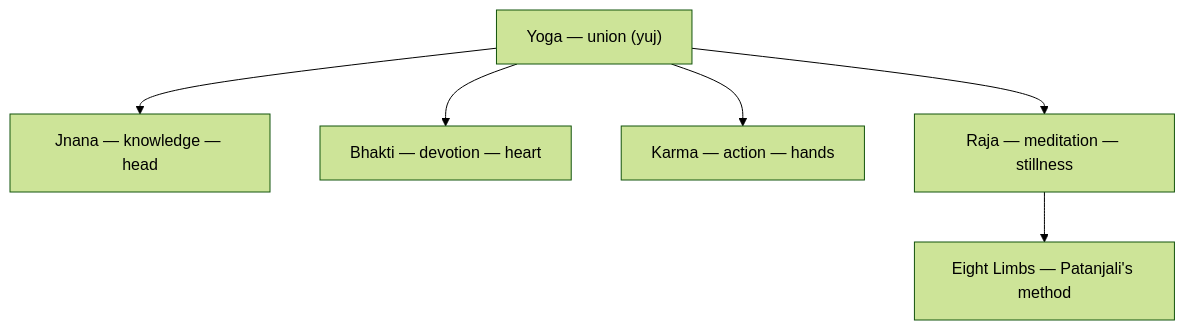
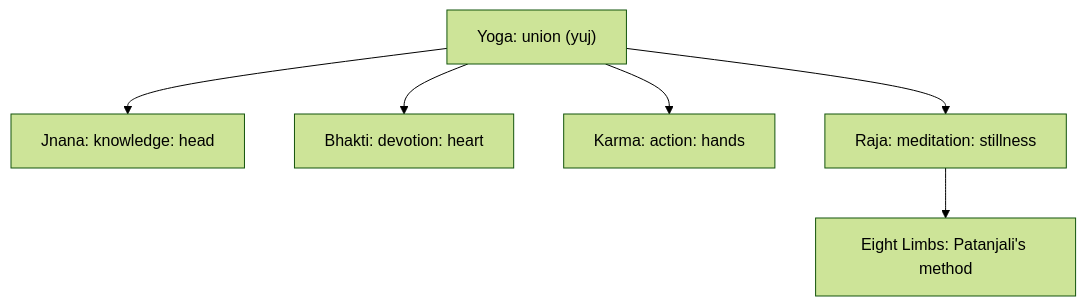
One commit to kennethreitz/kennethreitz.org changed the diagram in data/knowledge/spirituality/yoga/four-yogas/index.md. Above: the diagram before and after it, drawn with Mermaid (forest theme). The commit also changed other lines of this file and 879 other files, not shown here.

````diff
--- a/data/knowledge/spirituality/yoga/four-yogas/index.md
+++ b/data/knowledge/spirituality/yoga/four-yogas/index.md
@@ -33,9 +33,9 @@
 ```mermaid
 flowchart TD
-    Y["Yoga — union (yuj)"]
-    Y --> J["Jnana — knowledge — head"]
-    Y --> B["Bhakti — devotion — heart"]
-    Y --> K["Karma — action — hands"]
-    Y --> R["Raja — meditation — stillness"]
-    R --> E["Eight Limbs — Patanjali's method"]
+    Y["Yoga: union (yuj)"]
+    Y --> J["Jnana: knowledge: head"]
+    Y --> B["Bhakti: devotion: heart"]
+    Y --> K["Karma: action: hands"]
+    Y --> R["Raja: meditation: stillness"]
+    R --> E["Eight Limbs: Patanjali's method"]
 ```
````
